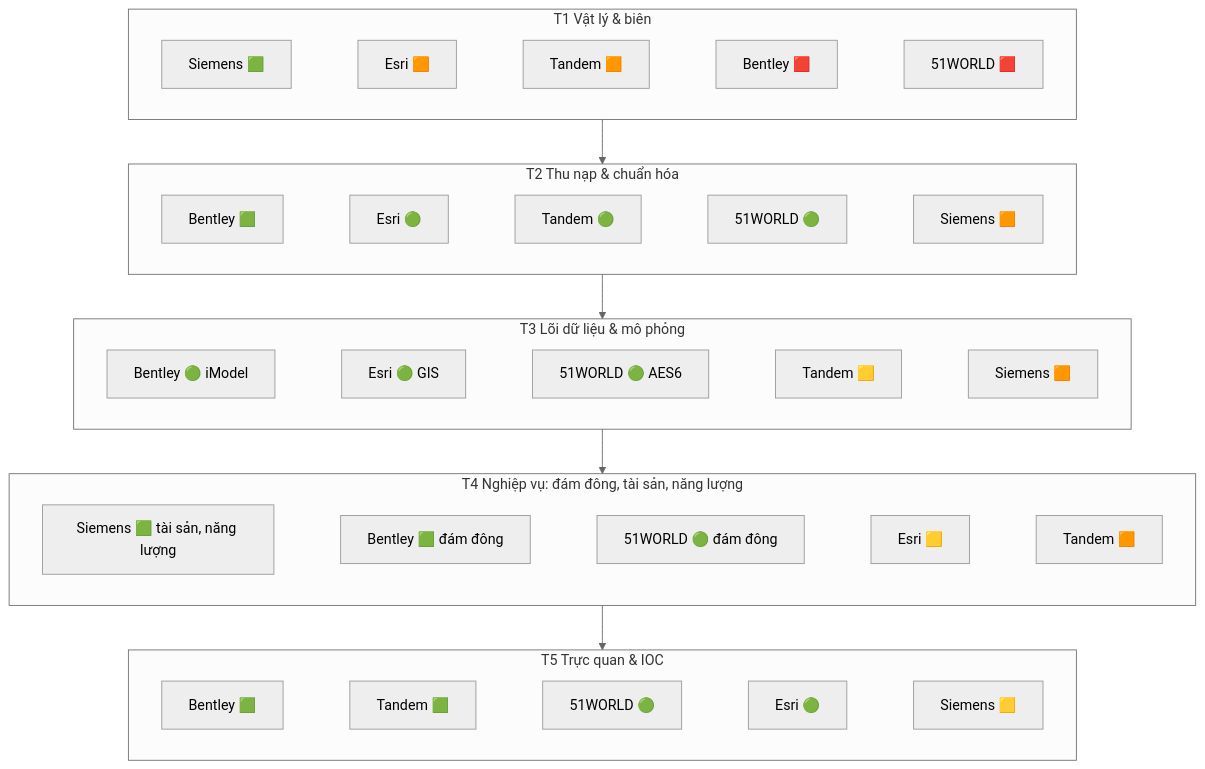
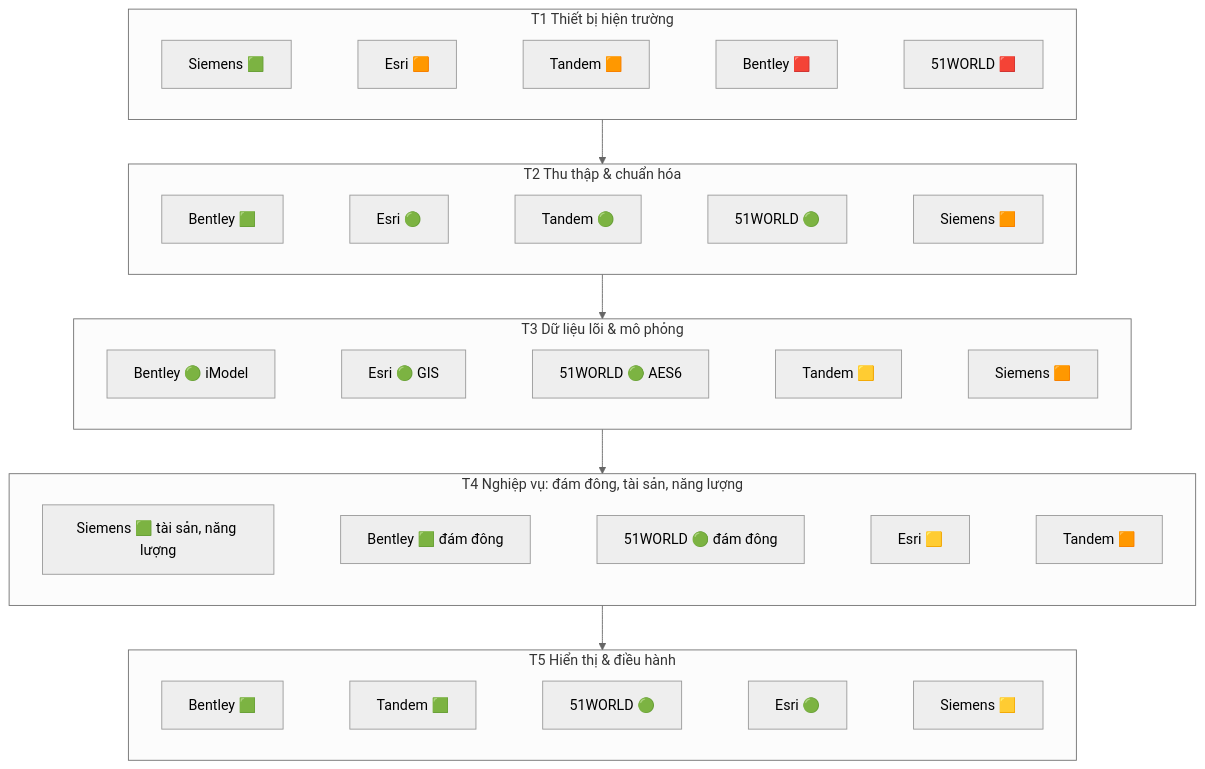
Before and after one commit to hoangtrunghieu0025-lab/internship_report: the fourth of 11 diagrams in bao-cao-benchmark-tong-hop-5-he-sinh-thai.md, drawn with Mermaid (neutral theme). The commit also changed other lines of this file, not shown here.

````diff
--- a/bao-cao-benchmark-tong-hop-5-he-sinh-thai.md
+++ b/bao-cao-benchmark-tong-hop-5-he-sinh-thai.md
@@ -191,24 +191,24 @@
 ```mermaid
 flowchart TB
-    subgraph T5["T5 Trực quan & IOC"]
+    subgraph T5["T5 Hiển thị & điều hành"]
         direction LR
         a5["Bentley 🟩"] ~~~ b5["Tandem 🟩"] ~~~ c5["51WORLD 🟢"] ~~~ d5["Esri 🟢"] ~~~ e5["Siemens 🟨"]
     end
     subgraph T4["T4 Nghiệp vụ: đám đông, tài sản, năng lượng"]
         direction LR
         a4["Siemens 🟩 tài sản, năng lượng"] ~~~ b4["Bentley 🟩 đám đông"] ~~~ c4["51WORLD 🟢 đám đông"] ~~~ d4["Esri 🟨"] ~~~ e4["Tandem 🟧"]
     end
-    subgraph T3["T3 Lõi dữ liệu & mô phỏng"]
+    subgraph T3["T3 Dữ liệu lõi & mô phỏng"]
         direction LR
         a3["Bentley 🟢 iModel"] ~~~ b3["Esri 🟢 GIS"] ~~~ c3["51WORLD 🟢 AES6"] ~~~ d3["Tandem 🟨"] ~~~ e3["Siemens 🟧"]
     end
-    subgraph T2["T2 Thu nạp & chuẩn hóa"]
+    subgraph T2["T2 Thu thập & chuẩn hóa"]
         direction LR
         a2["Bentley 🟩"] ~~~ b2["Esri 🟢"] ~~~ c2["Tandem 🟢"] ~~~ d2["51WORLD 🟢"] ~~~ e2["Siemens 🟧"]
     end
-    subgraph T1["T1 Vật lý & biên"]
+    subgraph T1["T1 Thiết bị hiện trường"]
         direction LR
         a1["Siemens 🟩"] ~~~ b1["Esri 🟧"] ~~~ c1["Tandem 🟧"] ~~~ d1["Bentley 🟥"] ~~~ e1["51WORLD 🟥"]
     end
     T1 --> T2 --> T3 --> T4 --> T5
 ```
````
